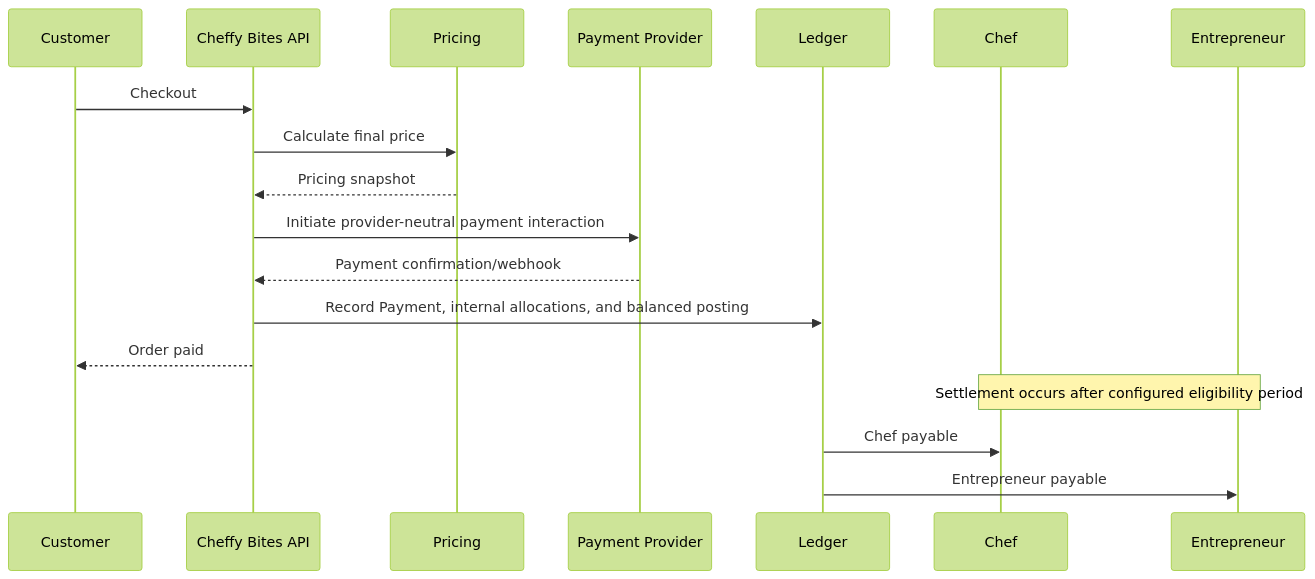
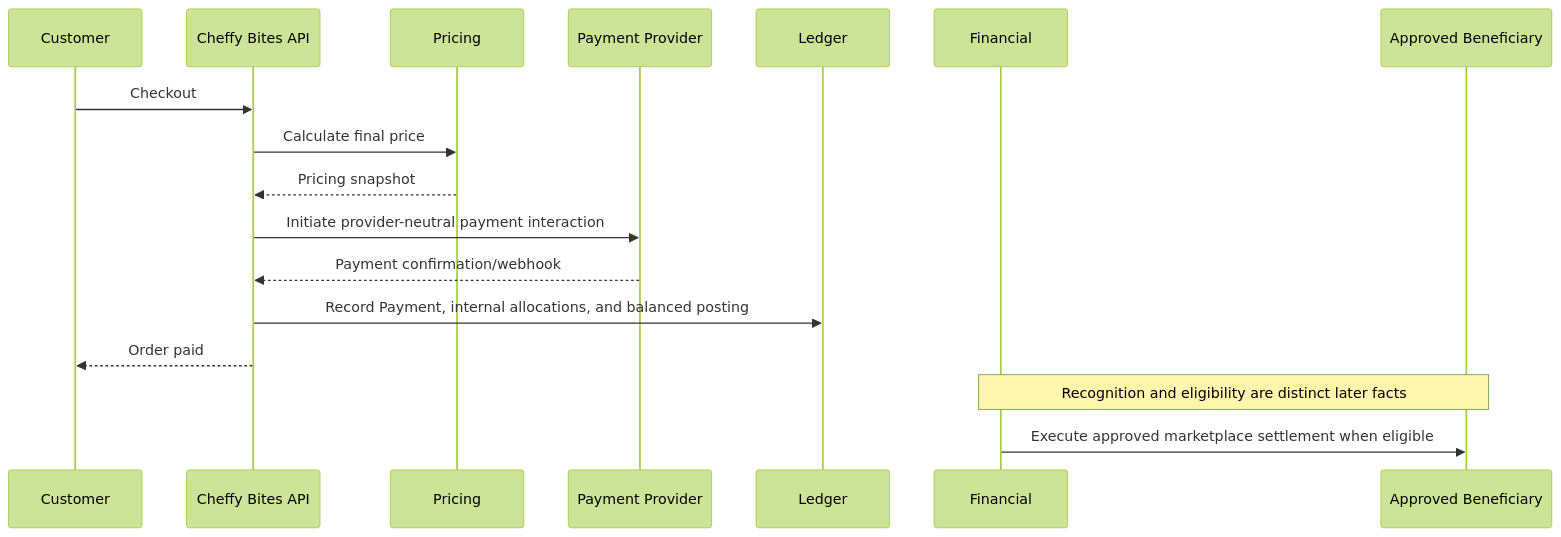
The ninth of 13 diagrams in docs/02-detailed-architecture.md (anshikuper/cheffybites), drawn with Mermaid (forest theme) before and after one commit. The commit also changed other lines of this file and 16 other files, not shown here.

Commit message:
docs: checkpoint architecture through ADR-023

````diff
--- a/docs/02-detailed-architecture.md
+++ b/docs/02-detailed-architecture.md
@@ -1896,22 +1916,21 @@
 ```mermaid
 sequenceDiagram
     participant C as Customer
     participant API as Cheffy Bites API
     participant P as Pricing
     participant S as Payment Provider
     participant L as Ledger
-    participant H as Chef
-    participant E as Entrepreneur
+    participant F as Financial
+    participant B as Approved Beneficiary
 
     C->>API: Checkout
     API->>P: Calculate final price
     P-->>API: Pricing snapshot
     API->>S: Initiate provider-neutral payment interaction
     S-->>API: Payment confirmation/webhook
     API->>L: Record Payment, internal allocations, and balanced posting
     API-->>C: Order paid
 
-    Note over H,E: Settlement occurs after configured eligibility period
-    L->>H: Chef payable
-    L->>E: Entrepreneur payable
+    Note over F,B: Recognition and eligibility are distinct later facts
+    F->>B: Execute approved marketplace settlement when eligible
 ```
````
